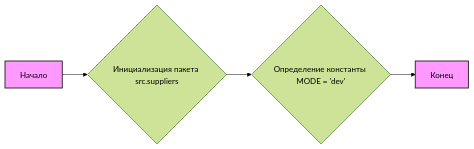
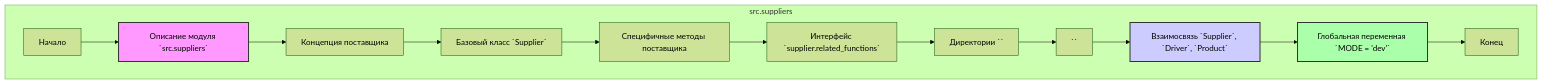
One commit to hypo69/hypo changed the second of 2 diagrams in docs/gemini/ru/explainer/src/suppliers/__init__.py.md. Above: the diagram before and after it, drawn with Mermaid (forest theme). The commit also changed other lines of this file and 3338 other files, not shown here.

````diff
--- a/docs/gemini/ru/explainer/src/suppliers/__init__.py.md
+++ b/docs/gemini/ru/explainer/src/suppliers/__init__.py.md
@@ -11,8 +35,19 @@
 ```mermaid
-graph LR
-    A[Начало] --> B{Инициализация пакета src.suppliers};
-    B --> C{Определение константы MODE = 'dev'};
-    C --> D[Конец];
-    style A fill:#f9f,stroke:#333,stroke-width:2px
-    style D fill:#f9f,stroke:#333,stroke-width:2px
+flowchart TD
+    subgraph src.suppliers
+        Start[Начало] --> ModuleDescription[Описание модуля `src.suppliers`];
+        ModuleDescription --> SupplierConcept[Концепция поставщика];
+        SupplierConcept --> BaseSupplierClass[Базовый класс `Supplier`];
+        BaseSupplierClass --> SpecificSupplierMethods[Специфичные методы поставщика];
+        SpecificSupplierMethods --> RelatedFunctionsInterface[Интерфейс `supplier.related_functions`];
+        RelatedFunctionsInterface --> SupplierDirectories[Директории `<supplier_prefix>`];
+        SupplierDirectories --> SupplierPrefix[`<supplier_prefix>`];
+        SupplierPrefix --> EntitiesRelationship[Взаимосвязь `Supplier`, `Driver`, `Product`];
+        EntitiesRelationship --> GlobalModeVariable[Глобальная переменная `MODE = 'dev'`];
+        GlobalModeVariable --> End[Конец];
+    end
+    
+    style ModuleDescription fill:#f9f,stroke:#333,stroke-width:2px
+    style EntitiesRelationship fill:#ccf,stroke:#333,stroke-width:2px
+    style GlobalModeVariable fill:#afa,stroke:#333,stroke-width:2px
 ```
````
